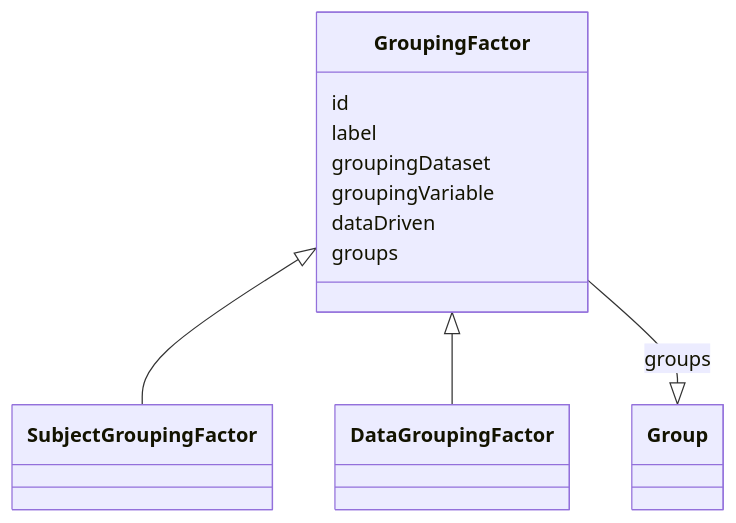
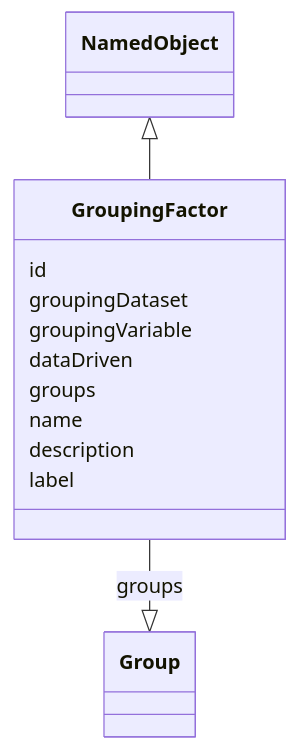
One commit to cdisc-org/analysis-results-standard changed the diagram in project/docs/GroupingFactor.md. Above: the diagram before and after it, drawn with Mermaid. The commit also changed other lines of this file and 174 other files, not shown here.

````diff
--- a/project/docs/GroupingFactor.md
+++ b/project/docs/GroupingFactor.md
@@ -13,14 +13,15 @@
 ```mermaid
  classDiagram
     class GroupingFactor
-      GroupingFactor <|-- SubjectGroupingFactor
-      GroupingFactor <|-- DataGroupingFactor
-      GroupingFactor : id        
-        GroupingFactor : label        
-        GroupingFactor : groupingDataset        
-        GroupingFactor : groupingVariable        
-        GroupingFactor : dataDriven        
-        GroupingFactor : groups        
+      NamedObject <|-- GroupingFactor        
+      GroupingFactor : id
+        GroupingFactor : groupingDataset
+        GroupingFactor : groupingVariable
+        GroupingFactor : dataDriven
+        GroupingFactor : groups
         GroupingFactor --|> Group : groups
+        GroupingFactor : name
+        GroupingFactor : description
+        GroupingFactor : label
         
 ```
````
